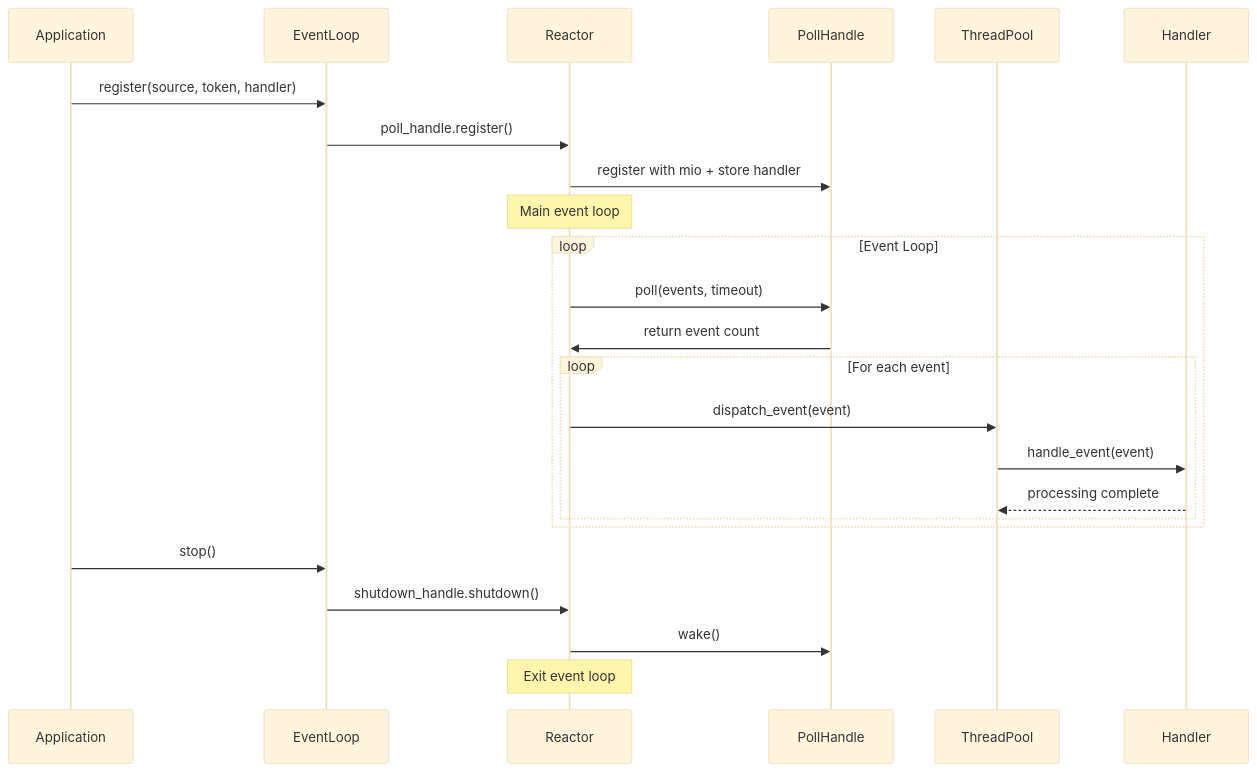
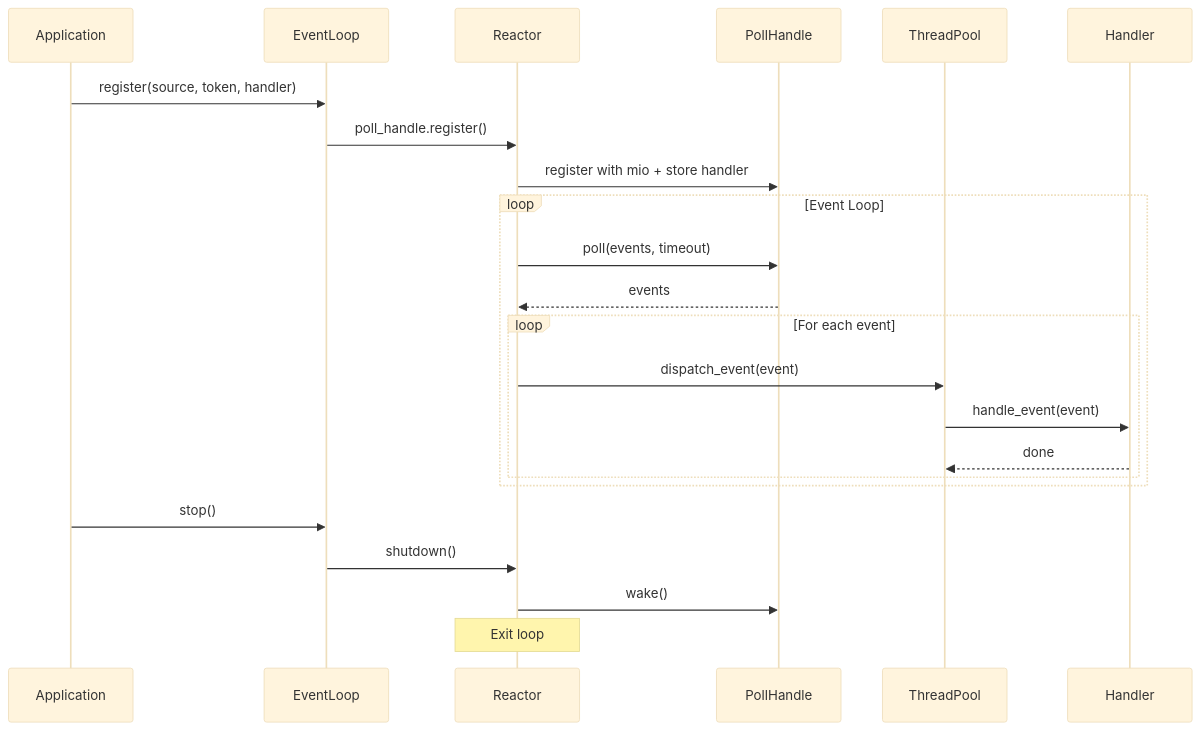
The eighth of 8 diagrams in docs/Arch.md (citadel-tech/Event-Loop), drawn with Mermaid (base theme) before and after one commit. The commit also changed other lines of this file, not shown here.

Commit message:
docs: enhance architecture documentation with detailed flowcharts and component descriptions

````diff
--- a/docs/Arch.md
+++ b/docs/Arch.md
@@ -176,30 +284,28 @@
 ```mermaid
 sequenceDiagram
     participant App as Application
     participant EL as EventLoop
     participant R as Reactor
     participant PH as PollHandle
     participant TP as ThreadPool
     participant H as Handler
-    
+
     App->>EL: register(source, token, handler)
     EL->>R: poll_handle.register()
     R->>PH: register with mio + store handler
-    
-    Note over R: Main event loop
+
     loop Event Loop
         R->>PH: poll(events, timeout)
-        PH->>R: return event count
-        
+        PH-->>R: events
         loop For each event
             R->>TP: dispatch_event(event)
             TP->>H: handle_event(event)
-            H-->>TP: processing complete
+            H-->>TP: done
         end
     end
-    
+
     App->>EL: stop()
-    EL->>R: shutdown_handle.shutdown()
+    EL->>R: shutdown()
     R->>PH: wake()
-    Note over R: Exit event loop
+    Note over R: Exit loop
 ```
````
